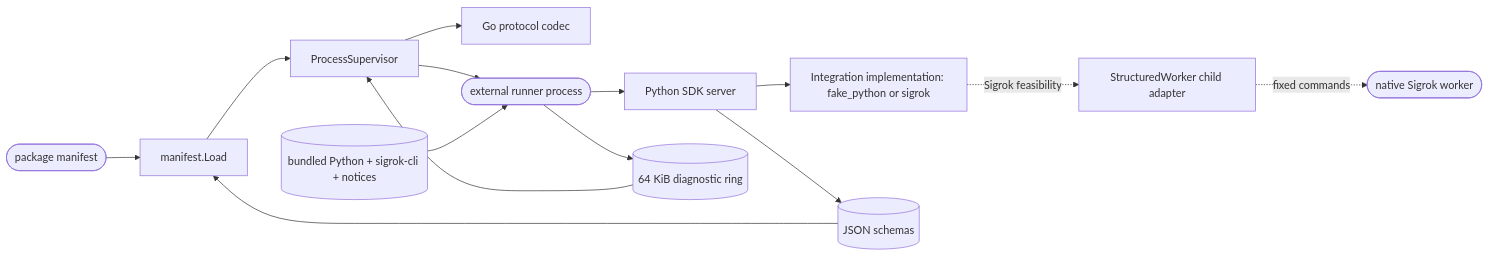
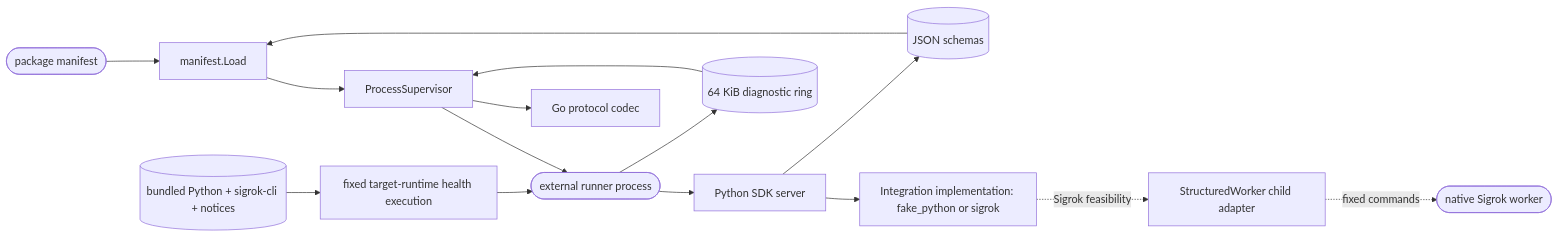
One commit to DDP-Engineering/2026_Networked_Intelligent_Lab_Orchestrator changed the diagram in .agentic/knowledge/integration-platform.md. Above: the diagram before and after it, drawn with Mermaid. The commit also changed other lines of this file and 78 other files, not shown here.

````diff
--- a/.agentic/knowledge/integration-platform.md
+++ b/.agentic/knowledge/integration-platform.md
@@ -46,25 +49,28 @@
 ```mermaid
 flowchart LR
     manifest(["package manifest"])
     loader["manifest.Load"]
     supervisor["ProcessSupervisor"]
     codec["Go protocol codec"]
     process(["external runner process"])
     sdk["Python SDK server"]
     plugin["Integration implementation: fake_python or sigrok"]
     schemas[("JSON schemas")]
     stderr[("64 KiB diagnostic ring")]
     manifest --> loader
     schemas --> loader
     loader --> supervisor
     supervisor --> process
     supervisor --> codec
     process --> sdk
     sdk --> plugin
-    bundle_runtime[("bundled Python + sigrok-cli + notices")] --> process
+    bundle_runtime[("bundled Python + sigrok-cli + notices")]
+    bundle_health["fixed target-runtime health execution"]
+    bundle_runtime --> bundle_health
+    bundle_health --> process
     plugin -. Sigrok feasibility .-> worker["StructuredWorker child adapter"]
     worker -. fixed commands .-> native(["native Sigrok worker"])
     sdk --> schemas
     process --> stderr
     stderr --> supervisor
 ```
````
